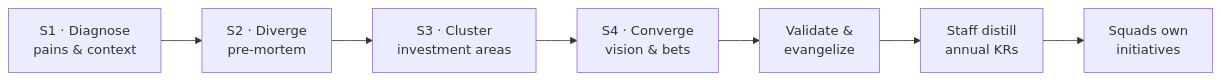
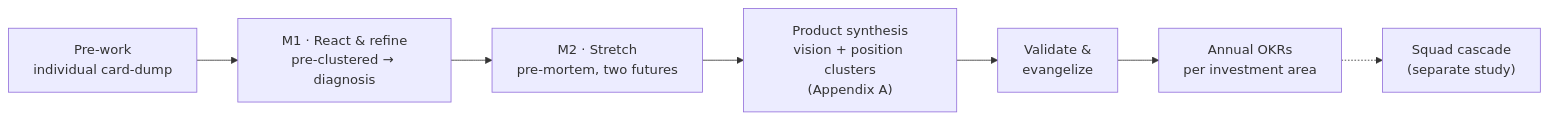
Before and after one commit to GustavoBertaco/daily-digest: the diagram in studies/product-management/long-term-product-vision.md, drawn with Mermaid. The commit also changed other lines of this file, not shown here.

First line of the commit message:
studies: refine vision dynamic — continuous flow, pre-work, per-area OKRs

````diff
--- a/studies/product-management/long-term-product-vision.md
+++ b/studies/product-management/long-term-product-vision.md
@@ -141,9 +164,9 @@
 ```mermaid
 flowchart LR
-    A["S1 · Diagnose<br/>pains & context"] --> B["S2 · Diverge<br/>pre-mortem"]
-    B --> C["S3 · Cluster<br/>investment areas"]
-    C --> D["S4 · Converge<br/>vision & bets"]
-    D --> E["Validate &<br/>evangelize"]
-    E --> F["Staff distill<br/>annual KRs"]
-    F --> G["Squads own<br/>initiatives"]
+    P["Pre-work<br/>individual card-dump"] --> A["M1 · React & refine<br/>pre-clustered → diagnosis"]
+    A --> B["M2 · Stretch<br/>pre-mortem, two futures"]
+    B --> C["Product synthesis<br/>vision + position clusters<br/>(Appendix A)"]
+    C --> D["Validate &<br/>evangelize"]
+    D --> E["Annual OKRs<br/>per investment area"]
+    E -.-> F["Squad cascade<br/>(separate study)"]
 ```
````
